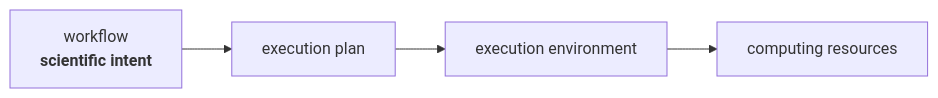
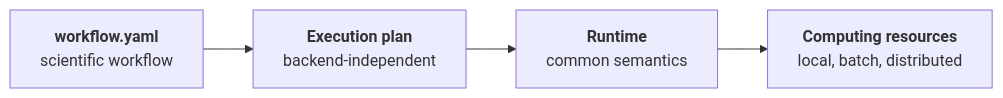
One commit to FAST-HEP/fast-hep.github.io changed the first of 2 diagrams in content/concepts/execution-environments.md. Above: the diagram before and after it, drawn with Mermaid. The commit also changed other lines of this file and 6 other files, not shown here.

````diff
--- a/content/concepts/execution-environments.md
+++ b/content/concepts/execution-environments.md
@@ -11,9 +18,9 @@
 ```mermaid
 flowchart LR
-    Workflow["workflow<br/><b>scientific intent</b>"]
-    Plan["execution plan"]
-    Execution["execution environment"]
-    Resources["computing resources"]
+    Workflow["<b>workflow.yaml</b><br/>scientific workflow"]:::input
+    Plan["<b>Execution plan</b><br/>backend-independent"]:::plan
+    Runtime["<b>Runtime</b><br/>common semantics"]:::runtime
+    Resources["<b>Computing resources</b><br/>local, batch, distributed"]:::capability
 
-    Workflow --> Plan --> Execution --> Resources
+    Workflow --> Plan --> Runtime --> Resources
 ```
````
